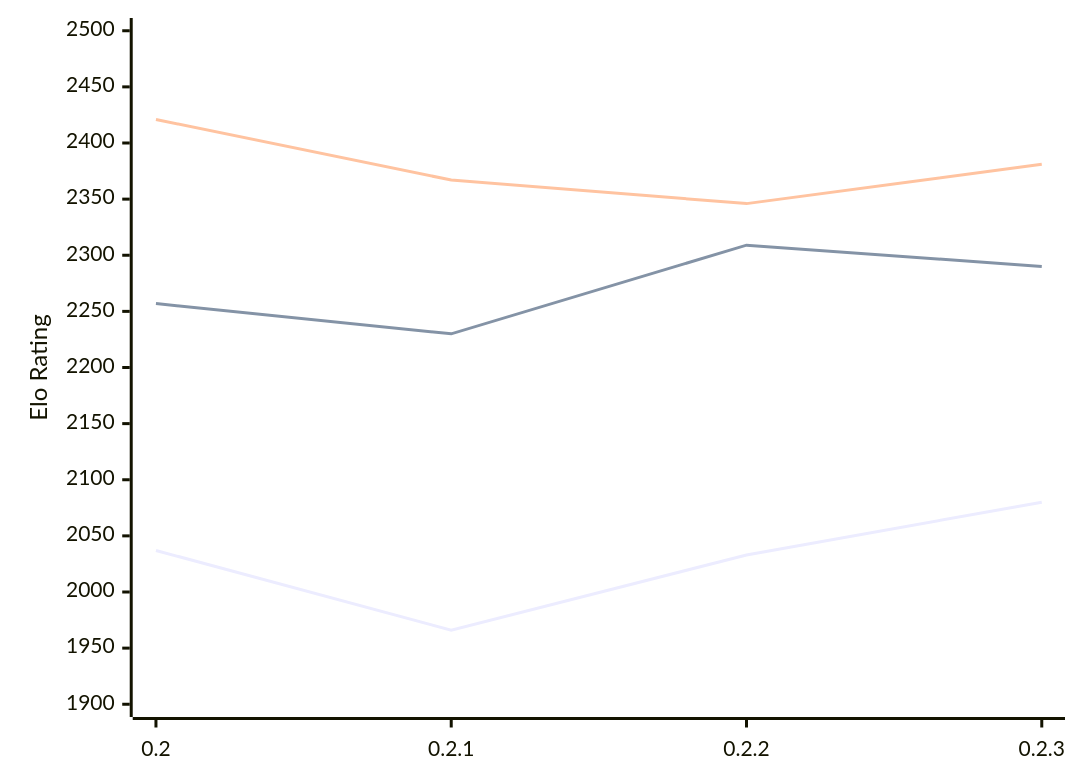
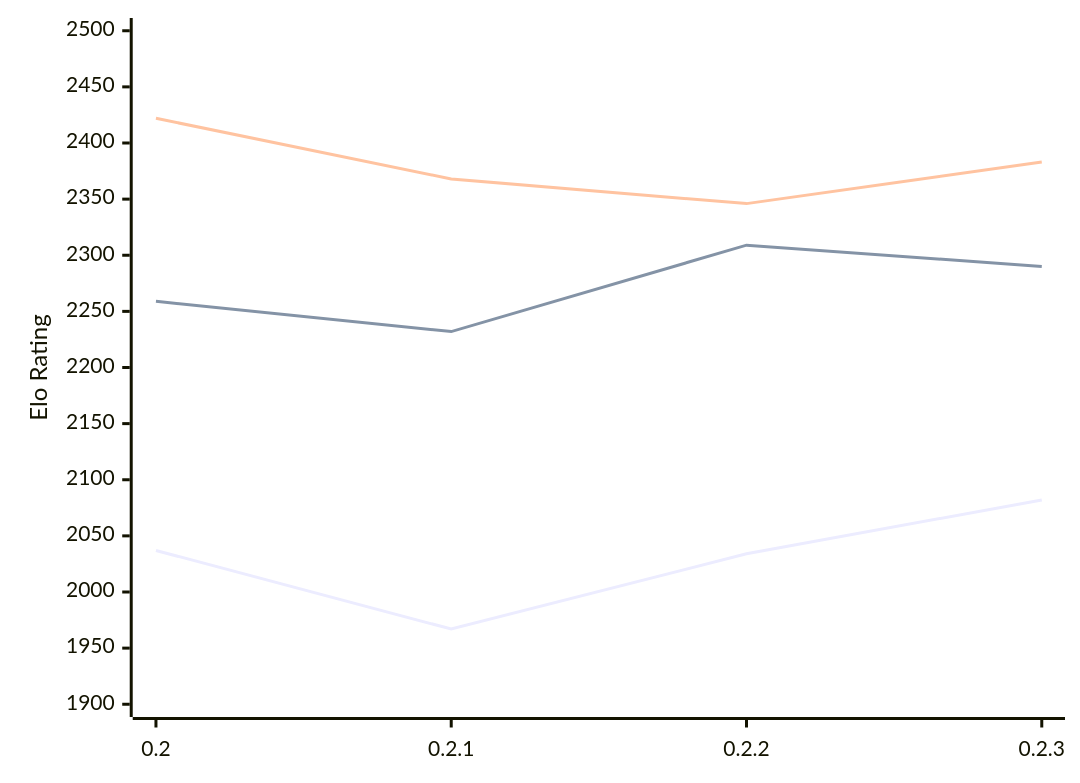
The diagram in engines/Lolbot.md (computer-chess-index/cci), drawn with Mermaid before and after one commit. The commit also changed other lines of this file, not shown here.

Commit message:
Update CCI Ratings (ELO VLTC) - 2026-02-13

````diff
--- a/engines/Lolbot.md
+++ b/engines/Lolbot.md
@@ -32,9 +32,9 @@
 ```mermaid
 %%{init: {"theme":"base","themeVariables":{"seriesColors:['#a3a3a3','#222221','#faa371']}}}%%
 xychart-beta
   x-axis ["0.2", "0.2.1", "0.2.2", "0.2.3"]
   y-axis "Elo Rating" 1900 --> 2500
-  line "STC (8.0+0.08s)" [2037, 1966, 2033, 2080]
-  line "LTC (60.0+0.60s)" [2257, 2230, 2309, 2290]
-  line "VLTC (2m24s+1.12s)" [2421, 2367, 2346, 2381]
+  line "STC (8.0+0.08s)" [2037, 1967, 2034, 2082]
+  line "LTC (60.0+0.60s)" [2259, 2232, 2309, 2290]
+  line "VLTC (2m24s+1.12s)" [2422, 2368, 2346, 2383]
 ```
````
